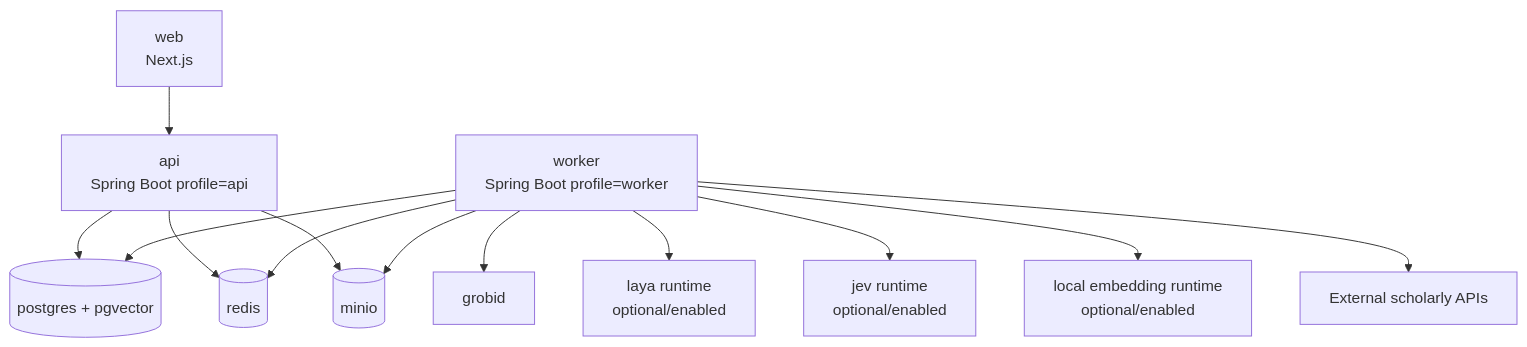
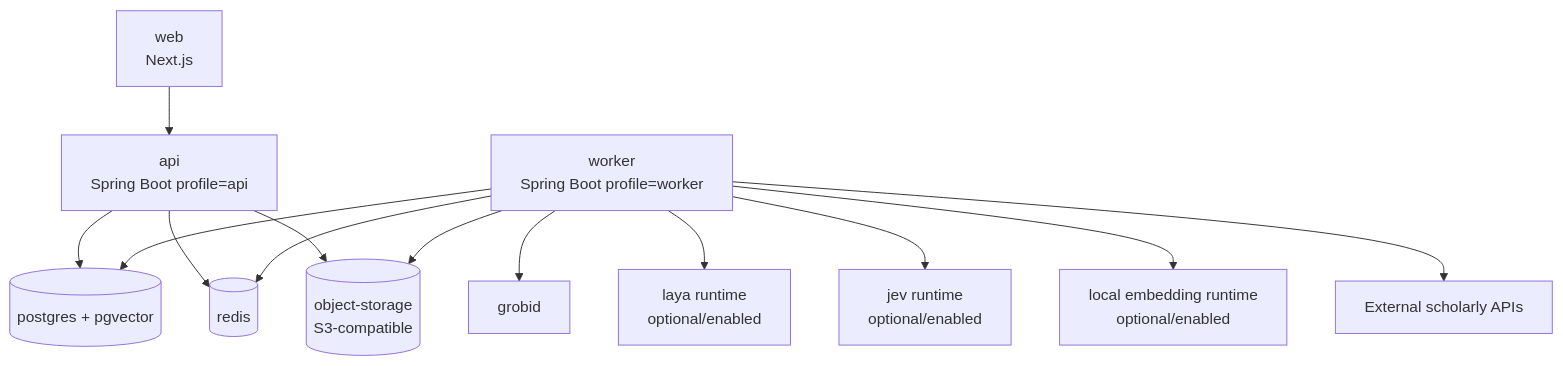
Before and after one commit to arrokh/paper-t-rail: the third of 8 diagrams in docs/paper-t-rail-tech-design.md, drawn with Mermaid. The commit also changed other lines of this file and 19 other files, not shown here.

First line of the commit message:
[infra] feat: Replace local object storage

````diff
--- a/docs/paper-t-rail-tech-design.md
+++ b/docs/paper-t-rail-tech-design.md
@@ -537,33 +537,33 @@
 ```mermaid
 flowchart TB
     WEB["web<br/>Next.js"]
     API["api<br/>Spring Boot profile=api"]
     WORKER["worker<br/>Spring Boot profile=worker"]
 
     PG[("postgres + pgvector")]
     REDIS[("redis")]
-    MINIO[("minio")]
+    OBJECT_STORE[("object-storage<br/>S3-compatible")]
     GROBID["grobid"]
 
     LAYA["laya runtime<br/>optional/enabled"]
     JEV["jev runtime<br/>optional/enabled"]
 
     LOCAL_EMB["local embedding runtime<br/>optional/enabled"]
 
     EXTERNAL["External scholarly APIs"]
 
     WEB --> API
 
     API --> PG
     API --> REDIS
-    API --> MINIO
+    API --> OBJECT_STORE
 
     WORKER --> PG
     WORKER --> REDIS
-    WORKER --> MINIO
+    WORKER --> OBJECT_STORE
     WORKER --> GROBID
     WORKER --> LAYA
     WORKER --> JEV
     WORKER --> LOCAL_EMB
     WORKER --> EXTERNAL
 ```
````
